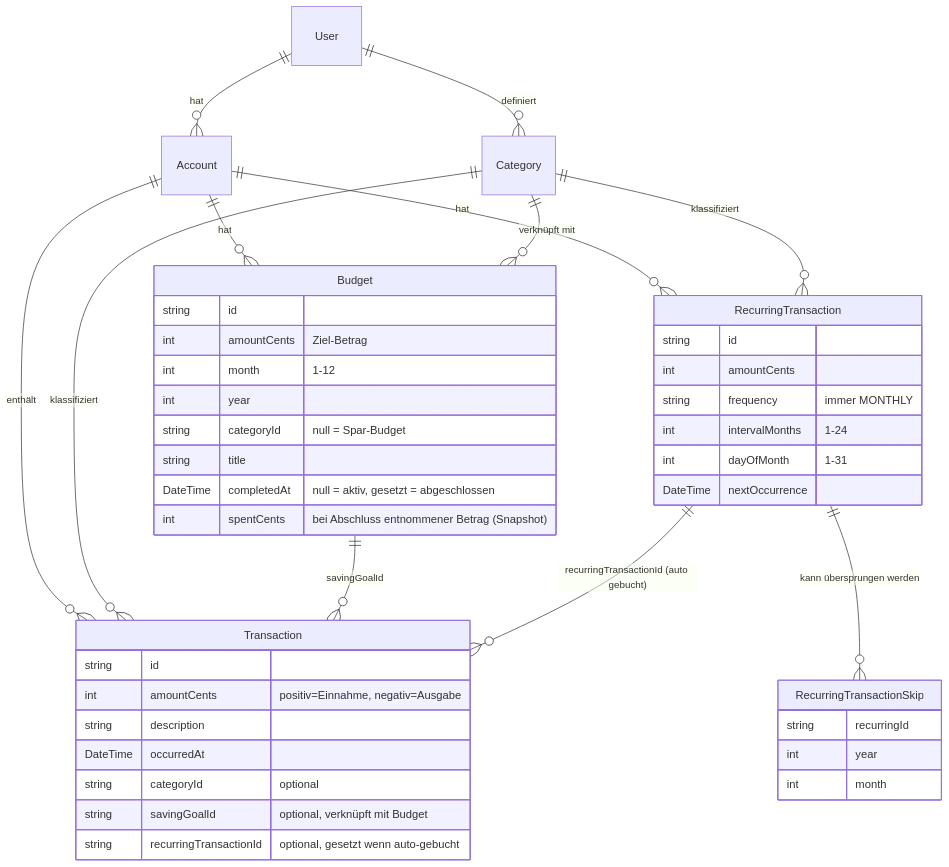
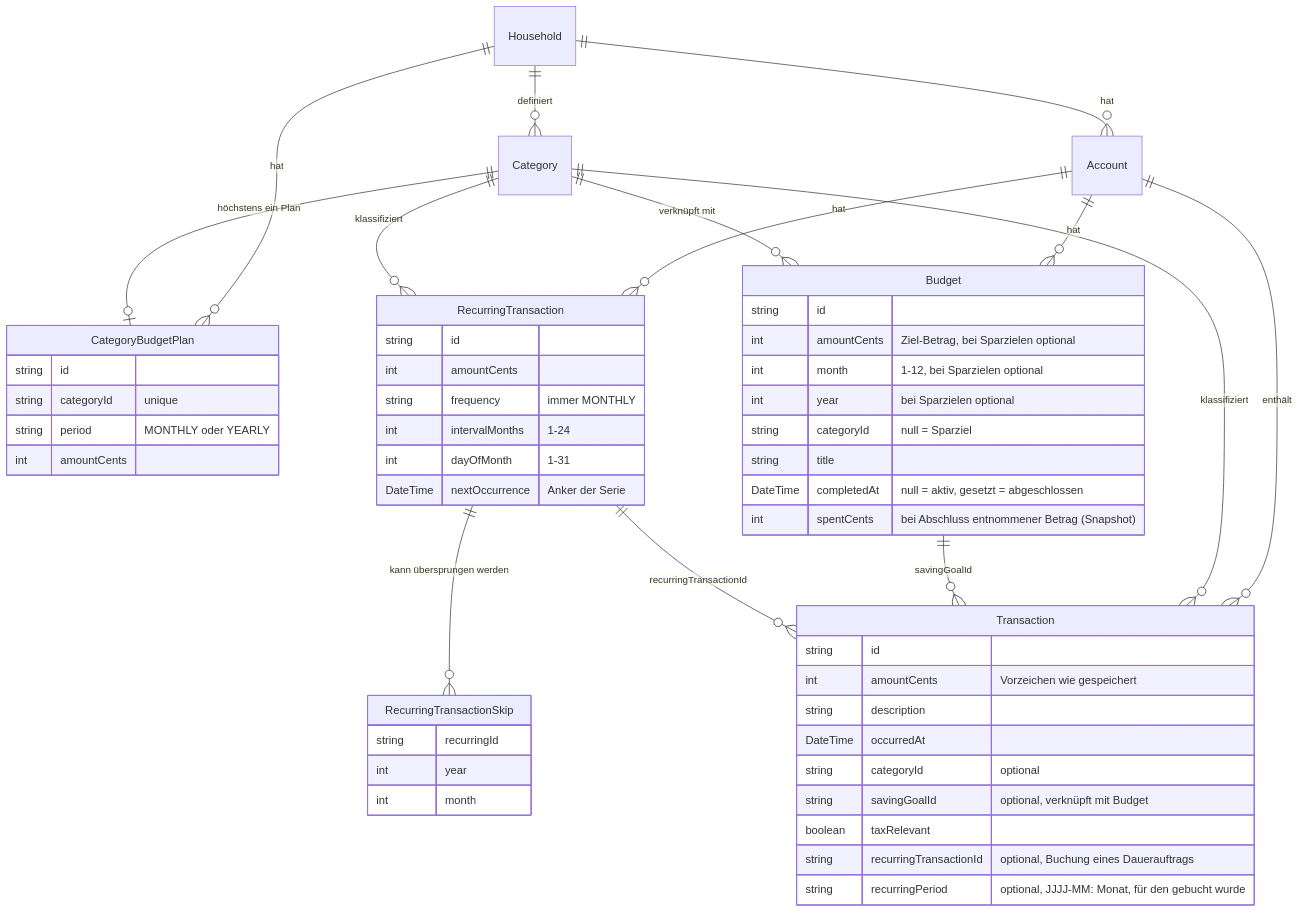
Before and after one commit to konradthiemann/Doewe: the diagram in docs/calculations/README.md, drawn with Mermaid. The commit also changed other lines of this file and 9 other files, not shown here.

````diff
--- a/docs/calculations/README.md
+++ b/docs/calculations/README.md
@@ -28,50 +53,61 @@
 ```mermaid
 erDiagram
-    User ||--o{ Account : "hat"
-    User ||--o{ Category : "definiert"
+    Household ||--o{ Account : "hat"
+    Household ||--o{ Category : "definiert"
+    Household ||--o{ CategoryBudgetPlan : "hat"
+    Category ||--o| CategoryBudgetPlan : "höchstens ein Plan"
     Account ||--o{ Transaction : "enthält"
     Account ||--o{ RecurringTransaction : "hat"
     Account ||--o{ Budget : "hat"
     Category ||--o{ Transaction : "klassifiziert"
     Category ||--o{ RecurringTransaction : "klassifiziert"
     Category ||--o{ Budget : "verknüpft mit"
     Budget ||--o{ Transaction : "savingGoalId"
     RecurringTransaction ||--o{ RecurringTransactionSkip : "kann übersprungen werden"
-    RecurringTransaction ||--o{ Transaction : "recurringTransactionId (auto gebucht)"
+    RecurringTransaction ||--o{ Transaction : "recurringTransactionId"
 
     Transaction {
         string id
-        int amountCents "positiv=Einnahme, negativ=Ausgabe"
+        int amountCents "Vorzeichen wie gespeichert"
         string description
         DateTime occurredAt
         string categoryId "optional"
         string savingGoalId "optional, verknüpft mit Budget"
-        string recurringTransactionId "optional, gesetzt wenn auto-gebucht"
+        boolean taxRelevant
+        string recurringTransactionId "optional, Buchung eines Dauerauftrags"
+        string recurringPeriod "optional, JJJJ-MM: Monat, für den gebucht wurde"
     }
 
     RecurringTransaction {
         string id
         int amountCents
         string frequency "immer MONTHLY"
         int intervalMonths "1-24"
         int dayOfMonth "1-31"
-        DateTime nextOccurrence
+        DateTime nextOccurrence "Anker der Serie"
     }
 
     Budget {
         string id
-        int amountCents "Ziel-Betrag"
-        int month "1-12"
-        int year
-        string categoryId "null = Spar-Budget"
+        int amountCents "Ziel-Betrag, bei Sparzielen optional"
+        int month "1-12, bei Sparzielen optional"
+        int year "bei Sparzielen optional"
+        string categoryId "null = Sparziel"
         string title
         DateTime completedAt "null = aktiv, gesetzt = abgeschlossen"
         int spentCents "bei Abschluss entnommener Betrag (Snapshot)"
+    }
+
+    CategoryBudgetPlan {
+        string id
+        string categoryId "unique"
+        string period "MONTHLY oder YEARLY"
+        int amountCents
     }
 
     RecurringTransactionSkip {
         string recurringId
         int year
         int month
     }
 ```
````
